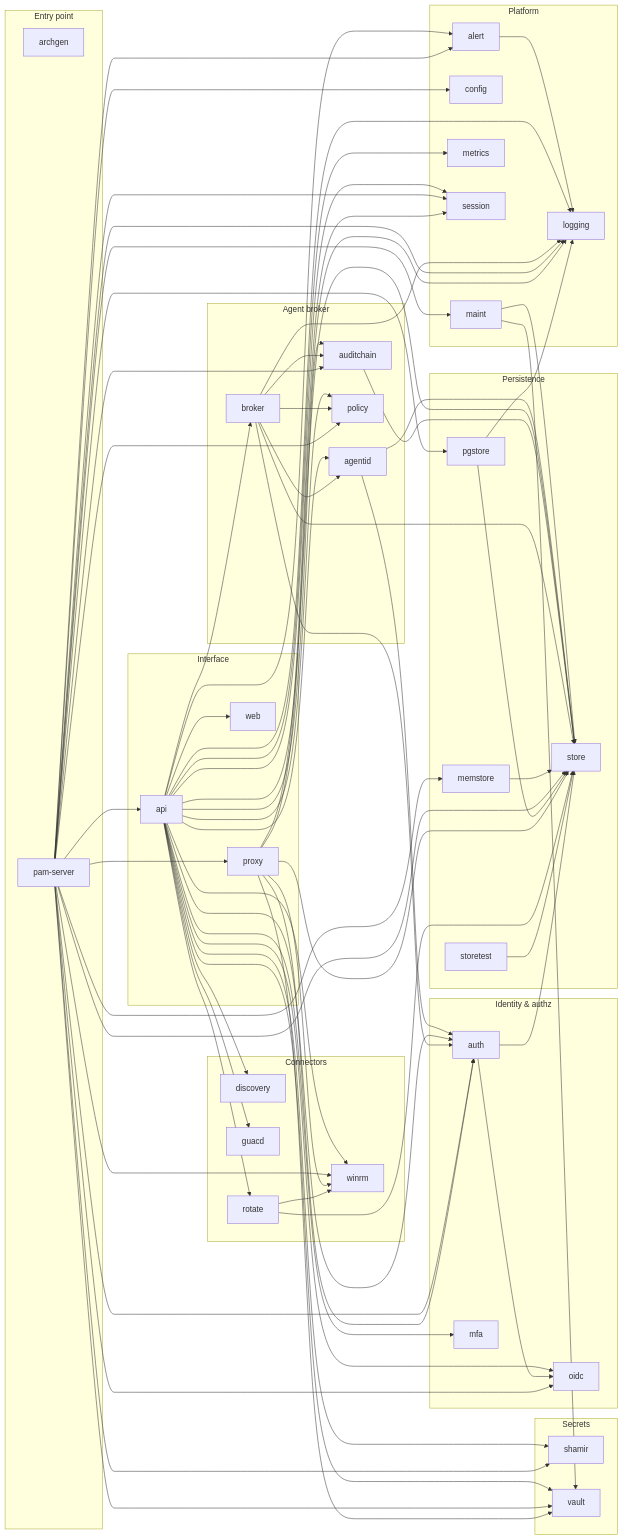
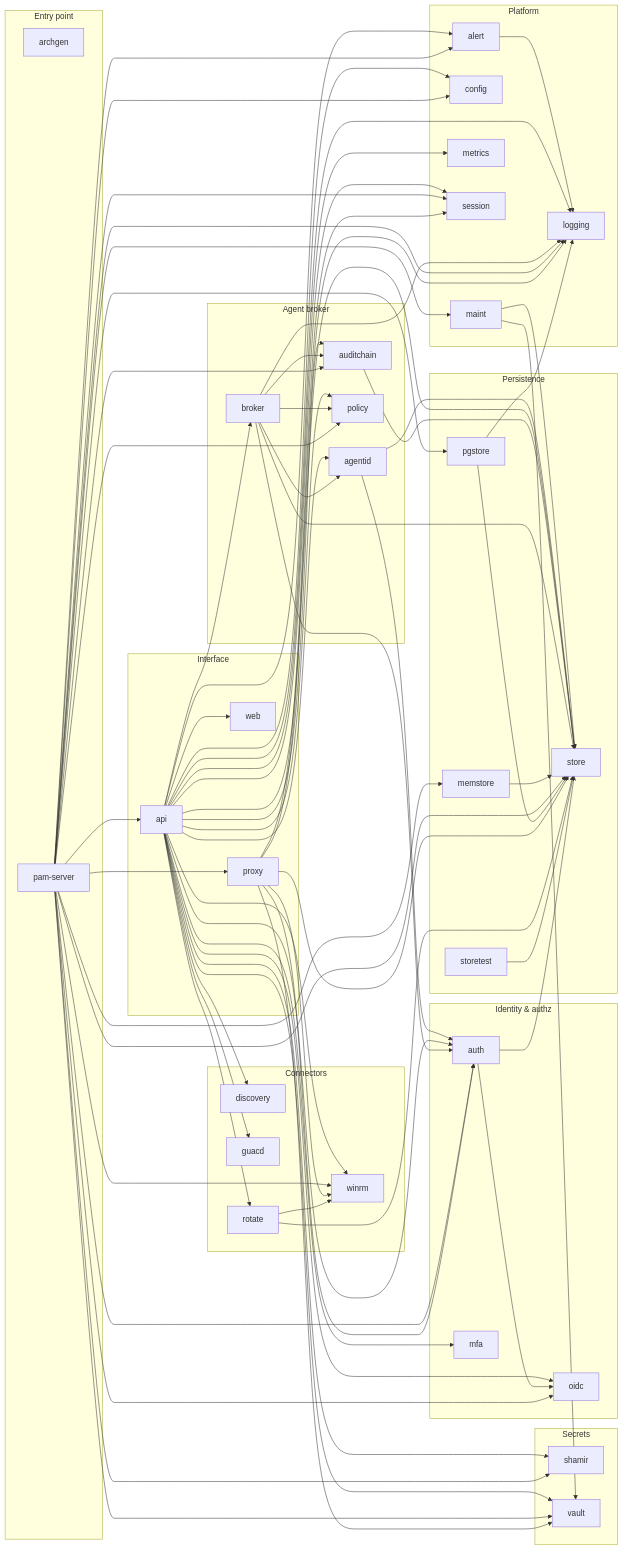
The first of 2 diagrams in docs/ARCHITECTURE-DIAGRAMS.md (morandeirachema/pamv1), drawn with Mermaid before and after one commit. The commit also changed other lines of this file and 13 other files, not shown here.

```diff
--- a/docs/ARCHITECTURE-DIAGRAMS.md
+++ b/docs/ARCHITECTURE-DIAGRAMS.md
@@ -69,6 +69,7 @@
   n_api --> n_auditchain
   n_api --> n_auth
   n_api --> n_broker
+  n_api --> n_config
   n_api --> n_discovery
   n_api --> n_guacd
   n_api --> n_logging
```
